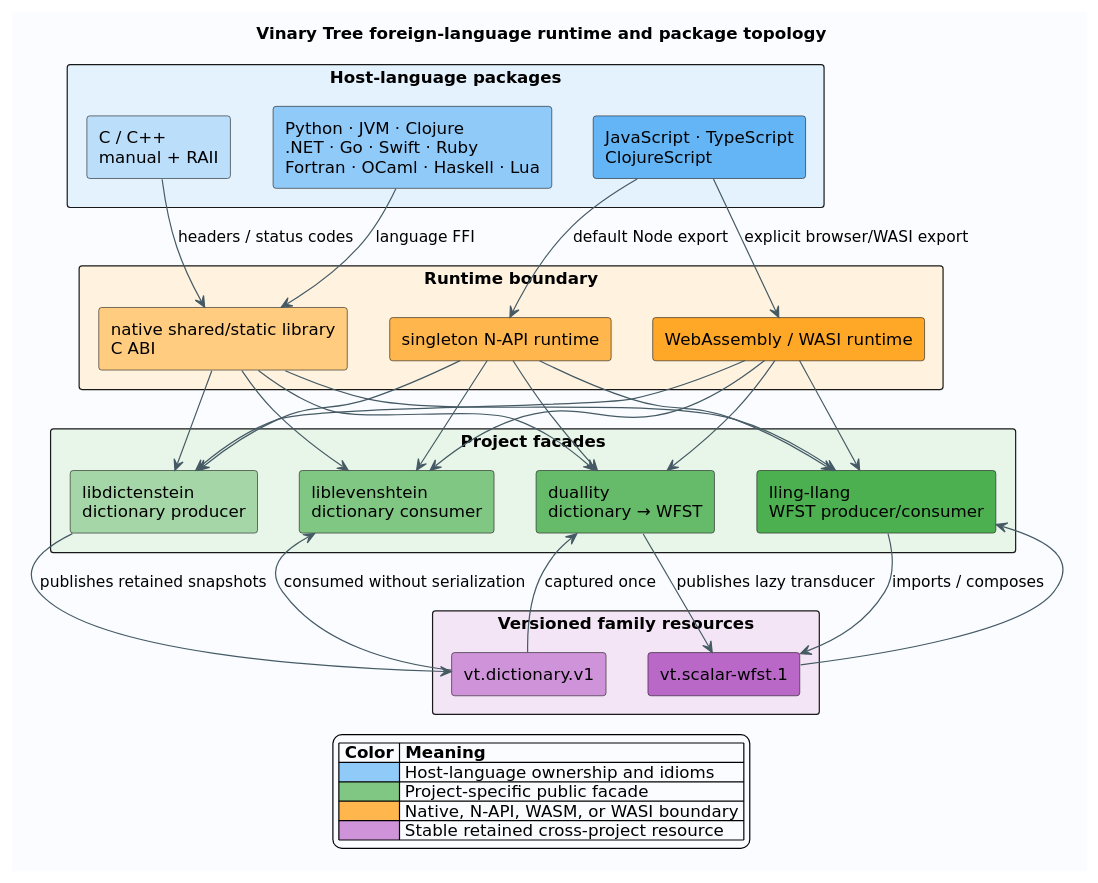
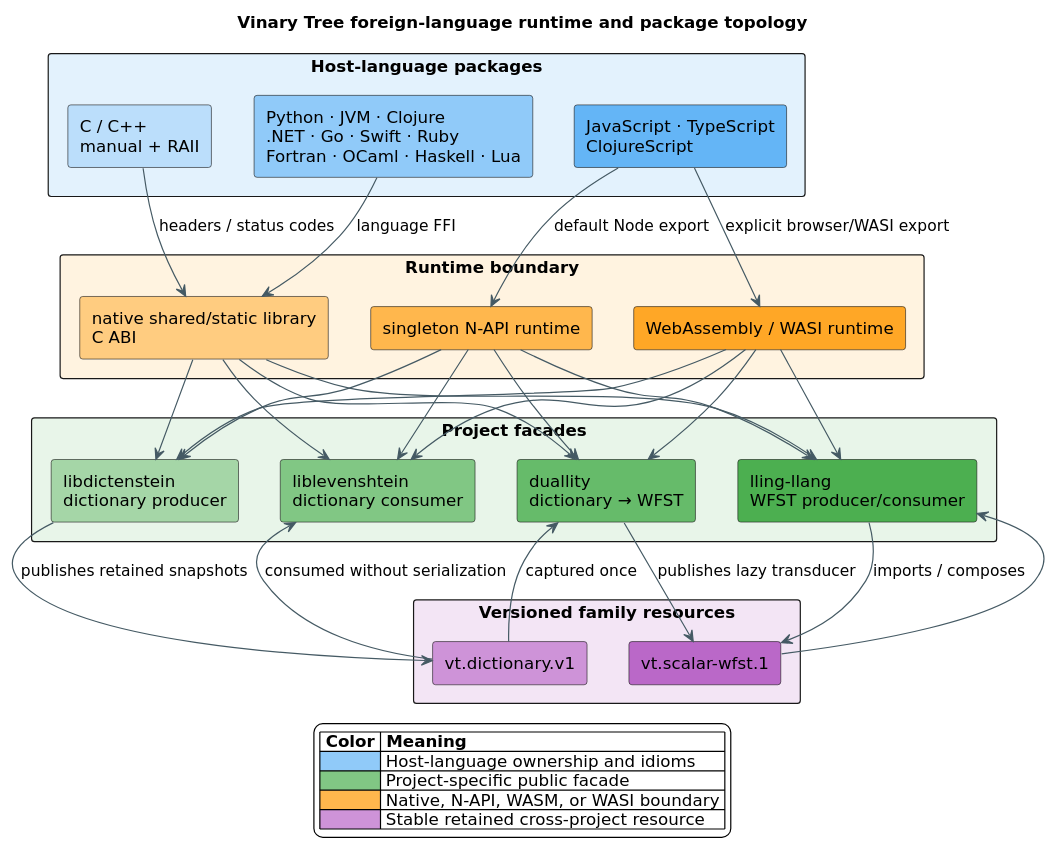
One commit to vinary-tree/liblevenshtein-rust changed the diagram in docs/diagrams/bindings/language-runtime-topology.puml. Above: the diagram before and after it, drawn with PlantUML. The commit also changed 19 other files, not shown here.

First line of the commit message:
docs(bindings): make diagram evidence reproducible and complete

```diff
--- a/docs/diagrams/bindings/language-runtime-topology.puml
+++ b/docs/diagrams/bindings/language-runtime-topology.puml
@@ -1,67 +1,67 @@
 @startuml
 title Vinary Tree foreign-language runtime and package topology
 
-skinparam backgroundColor #FAFCFF
+skinparam backgroundColor #FFFFFF
 skinparam shadowing false
 skinparam componentStyle rectangle
 skinparam ArrowColor #455A64
-skinparam defaultFontName DejaVu Sans
+skinparam defaultFontName "DejaVu Sans"
 
 rectangle "Host-language packages" as hosts #E3F2FD {
   component "C / C++\nmanual + RAII" as native_host #BBDEFB
   component "Python · JVM · Clojure\n.NET · Go · Swift · Ruby\nFortran · OCaml · Haskell · Lua" as managed_host #90CAF9
   component "JavaScript · TypeScript\nClojureScript" as js_host #64B5F6
 }
 
 rectangle "Project facades" as facades #E8F5E9 {
   component "libdictenstein\ndictionary producer" as ldict #A5D6A7
   component "liblevenshtein\ndictionary consumer" as llev #81C784
   component "duallity\ndictionary → WFST" as dual #66BB6A
   component "lling-llang\nWFST producer/consumer" as lling #4CAF50
 }
 
 rectangle "Runtime boundary" as runtime #FFF3E0 {
   component "native shared/static library\nC ABI" as native #FFCC80
   component "singleton N-API runtime" as napi #FFB74D
   component "WebAssembly / WASI runtime" as wasm #FFA726
 }
 
 rectangle "Versioned family resources" as resources #F3E5F5 {
   component "vt.dictionary.v1" as dict #CE93D8
   component "vt.scalar-wfst.1" as wfst #BA68C8
 }
 
 native_host --> native : headers / status codes
 managed_host --> native : language FFI
 js_host --> napi : default Node export
 js_host --> wasm : explicit browser/WASI export
 
 native --> ldict
 native --> llev
 native --> dual
 native --> lling
 napi --> ldict
 napi --> llev
 napi --> dual
 napi --> lling
 wasm --> ldict
 wasm --> llev
 wasm --> dual
 wasm --> lling
 
 ldict --> dict : publishes retained snapshots
 dict --> llev : consumed without serialization
 dict --> dual : captured once
 dual --> wfst : publishes lazy transducer
 lling --> wfst : imports / composes
 wfst --> lling
 
 legend bottom
 |= Color |= Meaning |
 |<#90CAF9>| Host-language ownership and idioms |
 |<#81C784>| Project-specific public facade |
 |<#FFB74D>| Native, N-API, WASM, or WASI boundary |
 |<#CE93D8>| Stable retained cross-project resource |
 endlegend
 
 @enduml
```
